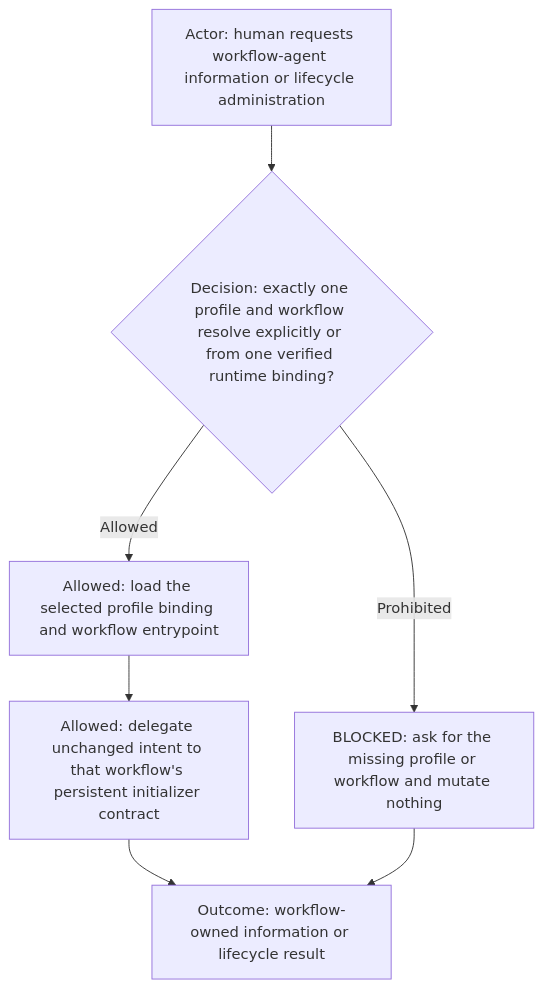
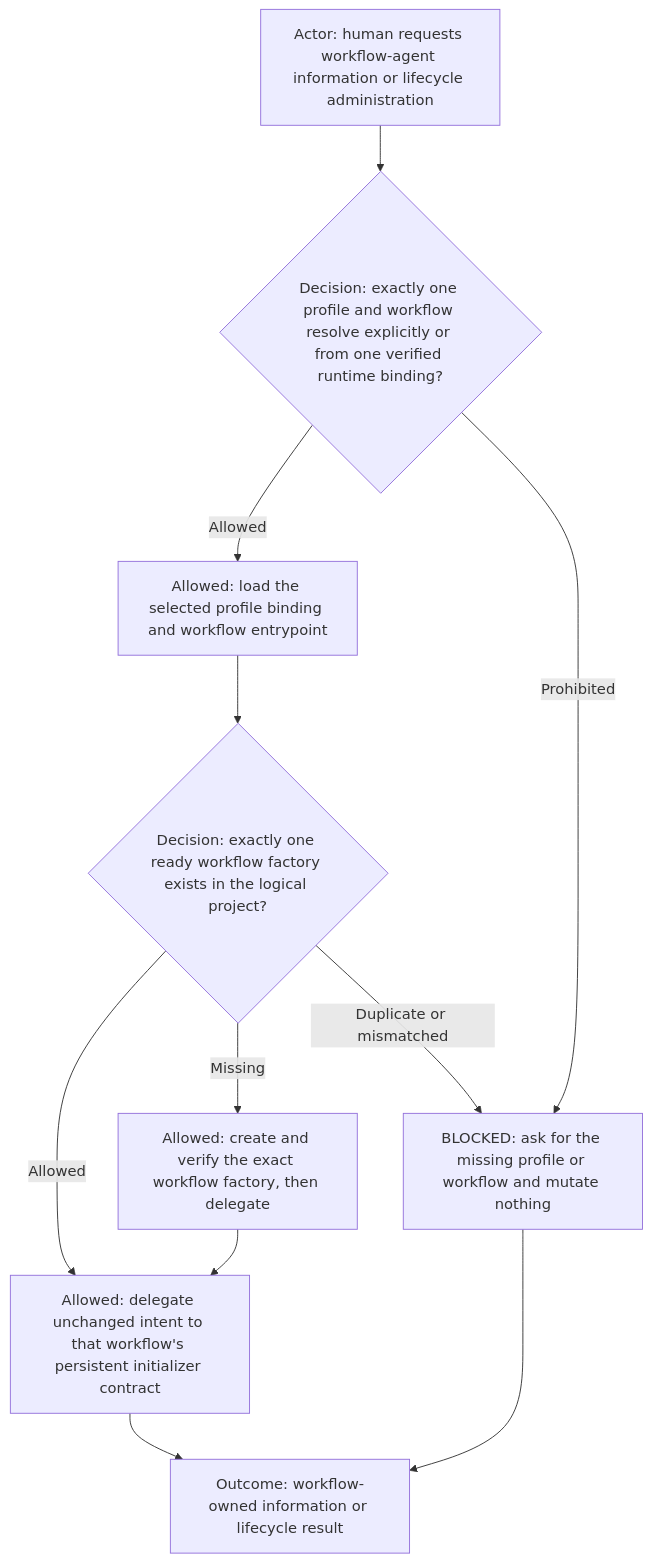
The third of 9 diagrams in agents/agents.command.md (starodubtsevconsulting/ai-commands), drawn with Mermaid before and after one commit. The commit also changed other lines of this file and 1 other file, not shown here.

Commit message:
refresh public agents contract

````diff
--- a/agents/agents.command.md
+++ b/agents/agents.command.md
@@ -36,9 +39,13 @@
 ```mermaid
 flowchart TD
   Actor["Actor: human requests workflow-agent information or lifecycle administration"] --> Decision{"Decision: exactly one profile and workflow resolve explicitly or from one verified runtime binding?"}
   Decision -->|Allowed| Resolve["Allowed: load the selected profile binding and workflow entrypoint"]
   Decision -->|Prohibited| Blocked["BLOCKED: ask for the missing profile or workflow and mutate nothing"]
-  Resolve --> Delegate["Allowed: delegate unchanged intent to that workflow's persistent initializer contract"]
+  Resolve --> Factory{"Decision: exactly one ready workflow factory exists in the logical project?"}
+  Factory -->|Allowed| Delegate["Allowed: delegate unchanged intent to that workflow's persistent initializer contract"]
+  Factory -->|Missing| Bootstrap["Allowed: create and verify the exact workflow factory, then delegate"]
+  Factory -->|Duplicate or mismatched| Blocked
+  Bootstrap --> Delegate
   Delegate --> Outcome["Outcome: workflow-owned information or lifecycle result"]
   Blocked --> Outcome
 ```
````
